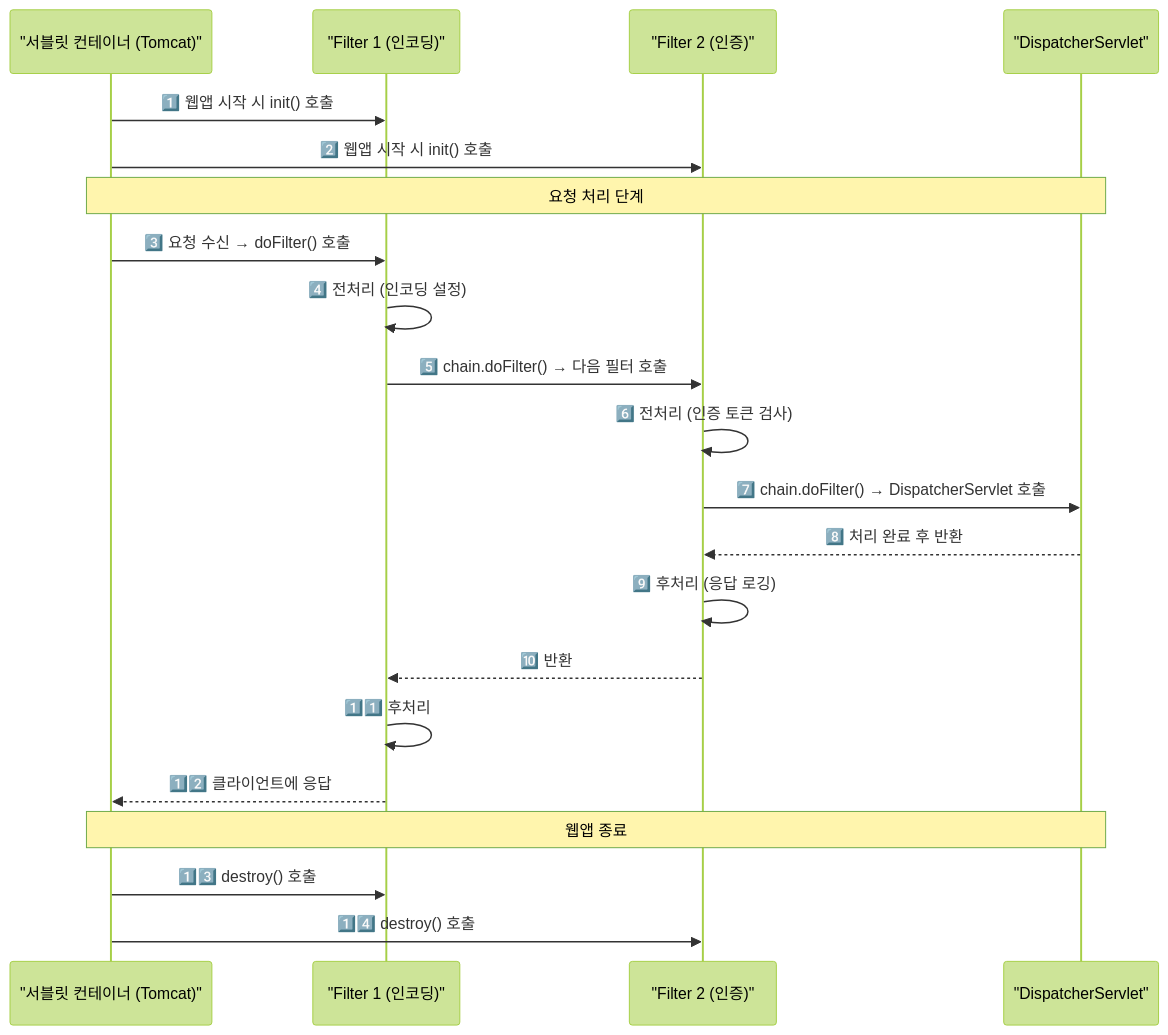
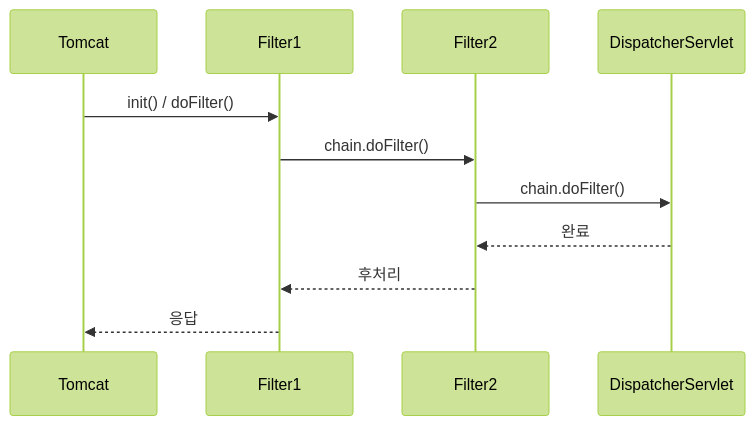
One commit to yjkim2015/yjkim2015.github.io changed the second of 2 diagrams in _posts/spring/2021-10-29-filter.md. Above: the diagram before and after it, drawn with Mermaid (forest theme). The commit also changed other lines of this file and 215 other files, not shown here.

First line of the commit message:
신규 포스트 10개 추가 + Mermaid 전면 축소 + SystemDesign 시리즈 보강

````diff
--- a/_posts/spring/2021-10-29-filter.md
+++ b/_posts/spring/2021-10-29-filter.md
@@ -58,26 +44,13 @@
 ```mermaid
 sequenceDiagram
-    participant SC as "서블릿 컨테이너 (Tomcat)"
-    participant F1 as "Filter 1 (인코딩)"
-    participant F2 as "Filter 2 (인증)"
-    participant DS as "DispatcherServlet"
-
-    SC->>F1: 1️⃣ 웹앱 시작 시 init() 호출
-    SC->>F2: 2️⃣ 웹앱 시작 시 init() 호출
-
-    Note over SC,DS: 요청 처리 단계
-    SC->>F1: 3️⃣ 요청 수신 → doFilter() 호출
-    F1->>F1: 4️⃣ 전처리 (인코딩 설정)
-    F1->>F2: 5️⃣ chain.doFilter() → 다음 필터 호출
-    F2->>F2: 6️⃣ 전처리 (인증 토큰 검사)
-    F2->>DS: 7️⃣ chain.doFilter() → DispatcherServlet 호출
-    DS-->>F2: 8️⃣ 처리 완료 후 반환
-    F2->>F2: 9️⃣ 후처리 (응답 로깅)
-    F2-->>F1: 🔟 반환
-    F1->>F1: 1️⃣1️⃣ 후처리
-    F1-->>SC: 1️⃣2️⃣ 클라이언트에 응답
-
-    Note over SC,DS: 웹앱 종료
-    SC->>F1: 1️⃣3️⃣ destroy() 호출
-    SC->>F2: 1️⃣4️⃣ destroy() 호출
+    participant SC as Tomcat
+    participant F1 as Filter1
+    participant F2 as Filter2
+    participant DS as DispatcherServlet
+    SC->>F1: init() / doFilter()
+    F1->>F2: chain.doFilter()
+    F2->>DS: chain.doFilter()
+    DS-->>F2: 완료
+    F2-->>F1: 후처리
+    F1-->>SC: 응답
 ```
````
